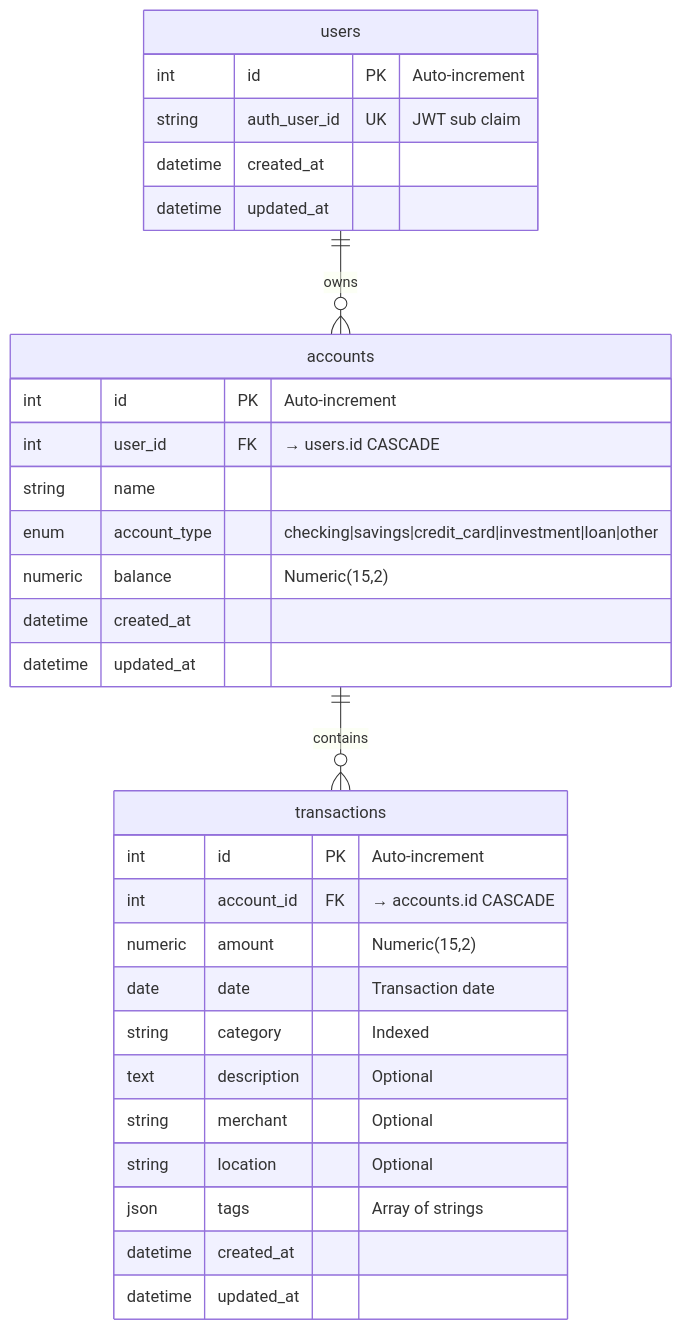
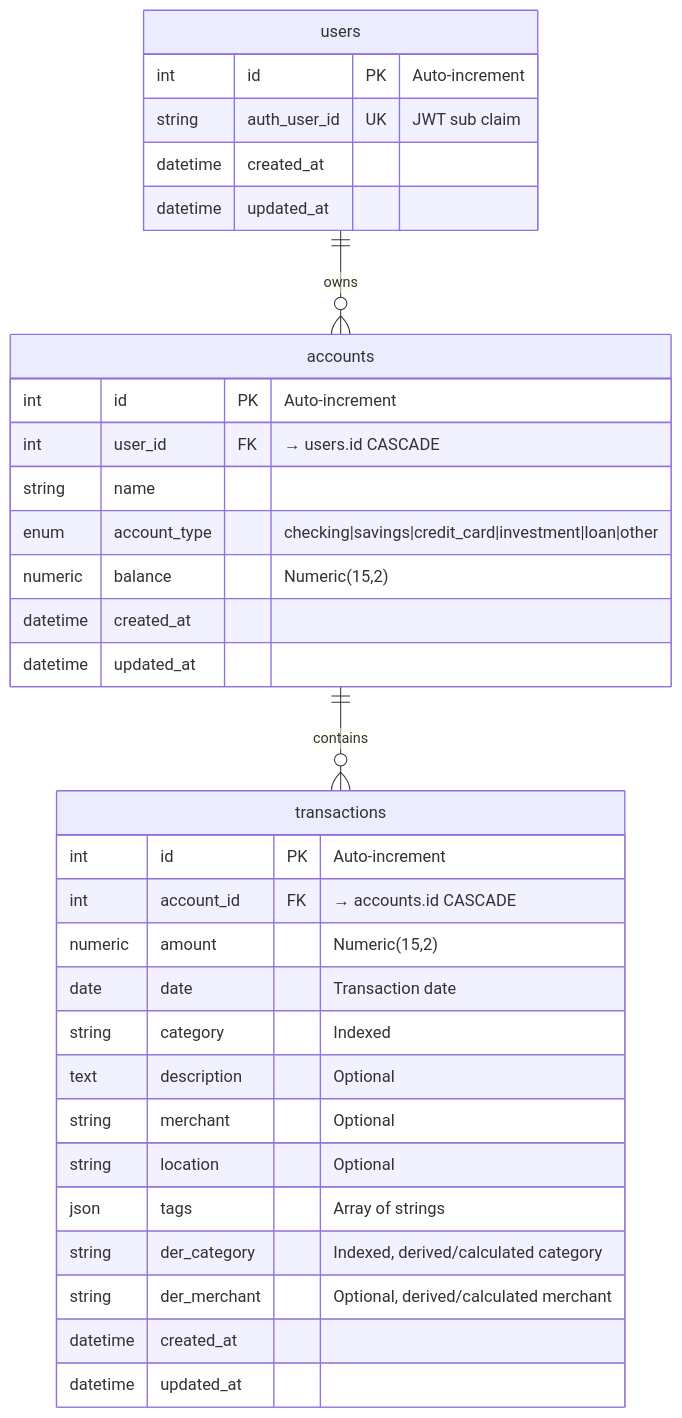
One commit to jtuchinsky/finance_planner changed the diagram in docs/SCHEMAS.md. Above: the diagram before and after it, drawn with Mermaid. The commit also changed other lines of this file and 7 other files, not shown here.

First line of the commit message:
Add der_category and der_merchant fields to transactions

````diff
--- a/docs/SCHEMAS.md
+++ b/docs/SCHEMAS.md
@@ -82,36 +85,38 @@
 ```mermaid
 erDiagram
     users ||--o{ accounts : "owns"
     accounts ||--o{ transactions : "contains"
 
     users {
         int id PK "Auto-increment"
         string auth_user_id UK "JWT sub claim"
         datetime created_at
         datetime updated_at
     }
 
     accounts {
         int id PK "Auto-increment"
         int user_id FK "→ users.id CASCADE"
         string name
         enum account_type "checking|savings|credit_card|investment|loan|other"
         numeric balance "Numeric(15,2)"
         datetime created_at
         datetime updated_at
     }
 
     transactions {
         int id PK "Auto-increment"
         int account_id FK "→ accounts.id CASCADE"
         numeric amount "Numeric(15,2)"
         date date "Transaction date"
         string category "Indexed"
         text description "Optional"
         string merchant "Optional"
         string location "Optional"
         json tags "Array of strings"
+        string der_category "Indexed, derived/calculated category"
+        string der_merchant "Optional, derived/calculated merchant"
         datetime created_at
         datetime updated_at
     }
 ```
````
